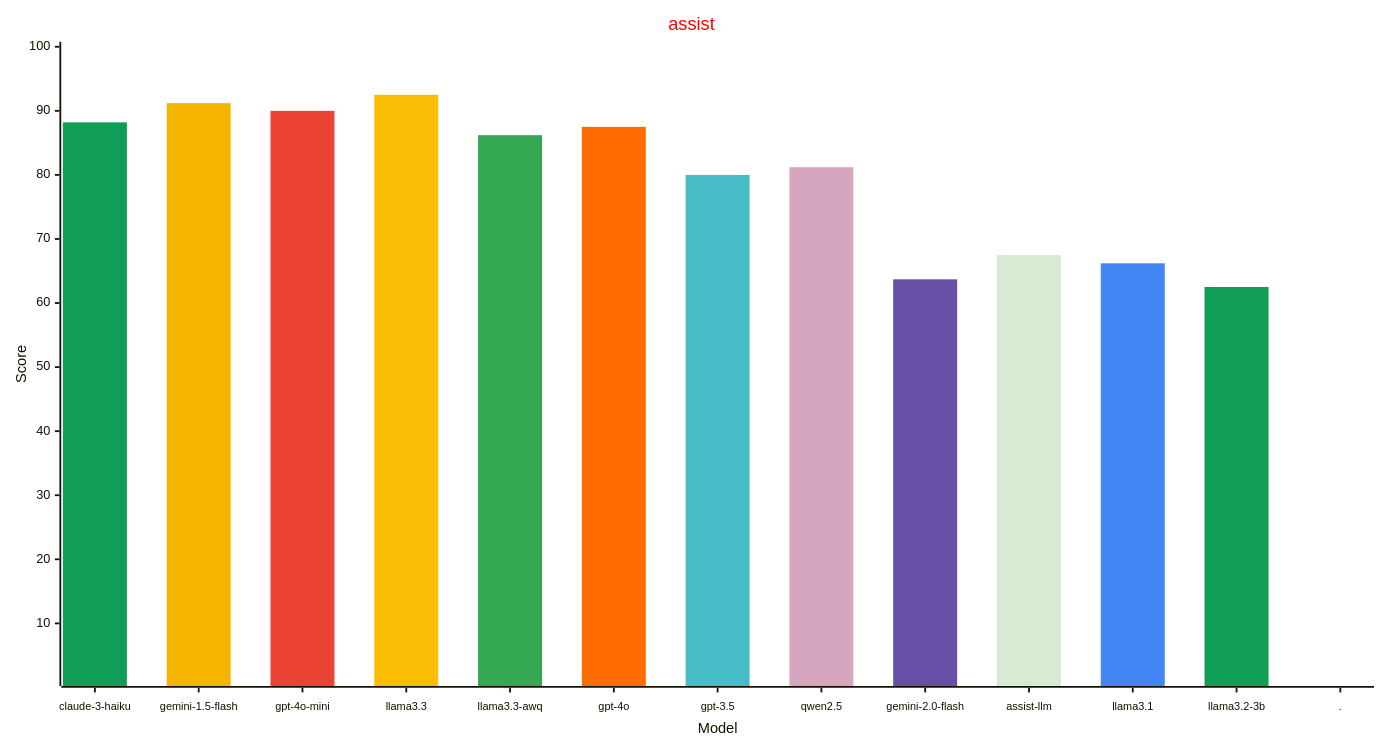
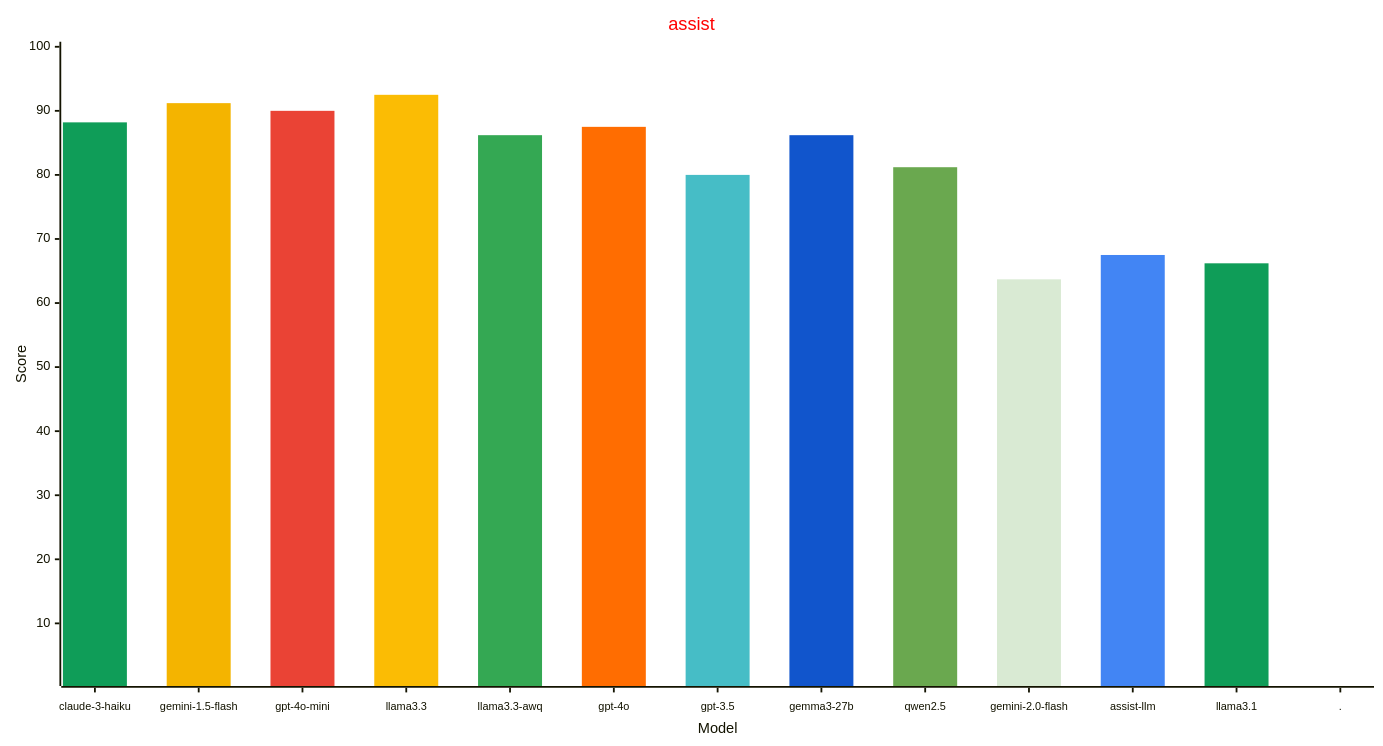
One commit to allenporter/home-assistant-datasets changed the first of 4 diagrams in reports/README.md. Above: the diagram before and after it, drawn with Mermaid. The commit also changed other lines of this file and 83 other files, not shown here.

````diff
--- a/reports/README.md
+++ b/reports/README.md
@@ -51,33 +52,33 @@
 ```mermaid
 ---
 config:
     xyChart:
         width: 1500
         height: 800
         xAxis:
           labelFontSize: 12
           labelPadding: 8
     themeVariables:
         xyChart:
             titleColor: "#ff0000"
-            plotColorPalette: "#0f9d58, #f4b400, #ea4335, #fbbc04, #34a853, #ff6d01, #46bdc6, #d5a6bd, #674ea7, #d9ead3, #4285f4, #0f9d58, #4285f4"
+            plotColorPalette: "#0f9d58, #f4b400, #ea4335, #fbbc04, #34a853, #ff6d01, #46bdc6, #1155cc, #6aa84f, #d9ead3, #4285f4, #0f9d58, #4285f4"
 
 ---
 xychart-beta
   title "assist"
-  x-axis "Model" [claude-3-haiku, gemini-1.5-flash, gpt-4o-mini, llama3.3, llama3.3-awq, gpt-4o, gpt-3.5, qwen2.5, gemini-2.0-flash, assist-llm, llama3.1, llama3.2-3b, .]
+  x-axis "Model" [claude-3-haiku, gemini-1.5-flash, gpt-4o-mini, llama3.3, llama3.3-awq, gpt-4o, gpt-3.5, gemma3-27b, qwen2.5, gemini-2.0-flash, assist-llm, llama3.1, .]
   y-axis "Score" 1 --> 100
   bar [88.2, 0.0, 0.0, 0.0, 0.0, 0.0, 0.0, 0.0, 0.0, 0.0, 0.0, 0.0, 0.0]
   bar [0.0, 91.2, 0.0, 0.0, 0.0, 0.0, 0.0, 0.0, 0.0, 0.0, 0.0, 0.0, 0.0]
   bar [0.0, 0.0, 90.0, 0.0, 0.0, 0.0, 0.0, 0.0, 0.0, 0.0, 0.0, 0.0, 0.0]
   bar [0.0, 0.0, 0.0, 92.5, 0.0, 0.0, 0.0, 0.0, 0.0, 0.0, 0.0, 0.0, 0.0]
   bar [0.0, 0.0, 0.0, 0.0, 86.2, 0.0, 0.0, 0.0, 0.0, 0.0, 0.0, 0.0, 0.0]
   bar [0.0, 0.0, 0.0, 0.0, 0.0, 87.5, 0.0, 0.0, 0.0, 0.0, 0.0, 0.0, 0.0]
   bar [0.0, 0.0, 0.0, 0.0, 0.0, 0.0, 80.0, 0.0, 0.0, 0.0, 0.0, 0.0, 0.0]
-  bar [0.0, 0.0, 0.0, 0.0, 0.0, 0.0, 0.0, 81.2, 0.0, 0.0, 0.0, 0.0, 0.0]
-  bar [0.0, 0.0, 0.0, 0.0, 0.0, 0.0, 0.0, 0.0, 63.7, 0.0, 0.0, 0.0, 0.0]
-  bar [0.0, 0.0, 0.0, 0.0, 0.0, 0.0, 0.0, 0.0, 0.0, 67.5, 0.0, 0.0, 0.0]
-  bar [0.0, 0.0, 0.0, 0.0, 0.0, 0.0, 0.0, 0.0, 0.0, 0.0, 66.2, 0.0, 0.0]
-  bar [0.0, 0.0, 0.0, 0.0, 0.0, 0.0, 0.0, 0.0, 0.0, 0.0, 0.0, 62.5, 0.0]
+  bar [0.0, 0.0, 0.0, 0.0, 0.0, 0.0, 0.0, 86.2, 0.0, 0.0, 0.0, 0.0, 0.0]
+  bar [0.0, 0.0, 0.0, 0.0, 0.0, 0.0, 0.0, 0.0, 81.2, 0.0, 0.0, 0.0, 0.0]
+  bar [0.0, 0.0, 0.0, 0.0, 0.0, 0.0, 0.0, 0.0, 0.0, 63.7, 0.0, 0.0, 0.0]
+  bar [0.0, 0.0, 0.0, 0.0, 0.0, 0.0, 0.0, 0.0, 0.0, 0.0, 67.5, 0.0, 0.0]
+  bar [0.0, 0.0, 0.0, 0.0, 0.0, 0.0, 0.0, 0.0, 0.0, 0.0, 0.0, 66.2, 0.0]
   bar [0.0, 0.0, 0.0, 0.0, 0.0, 0.0, 0.0, 0.0, 0.0, 0.0, 0.0, 0.0, -1.0]
 ```
````
